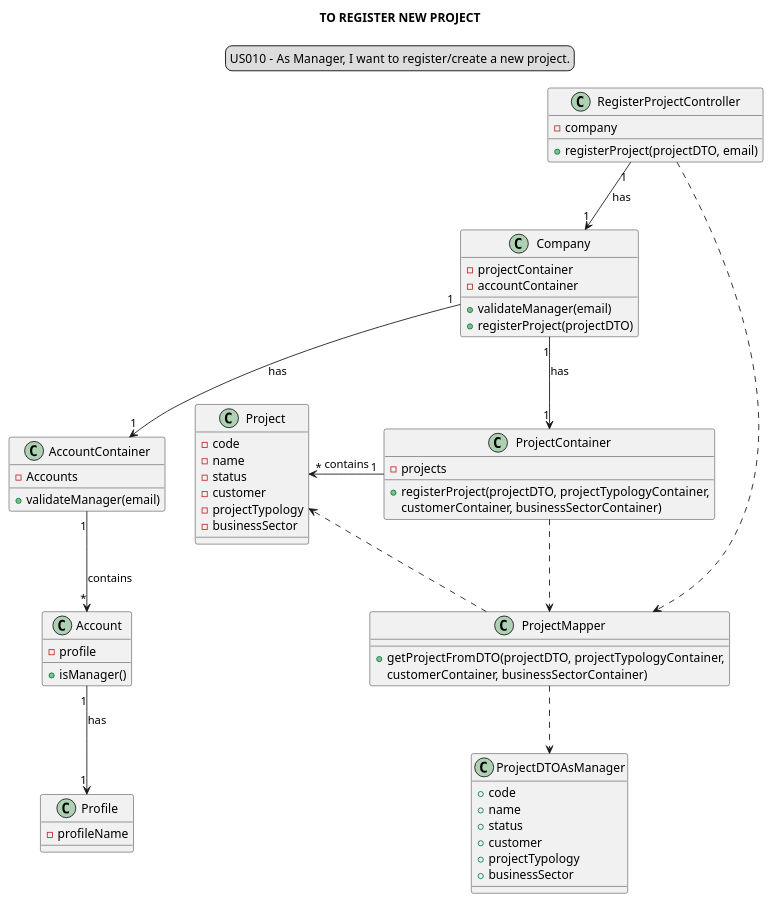
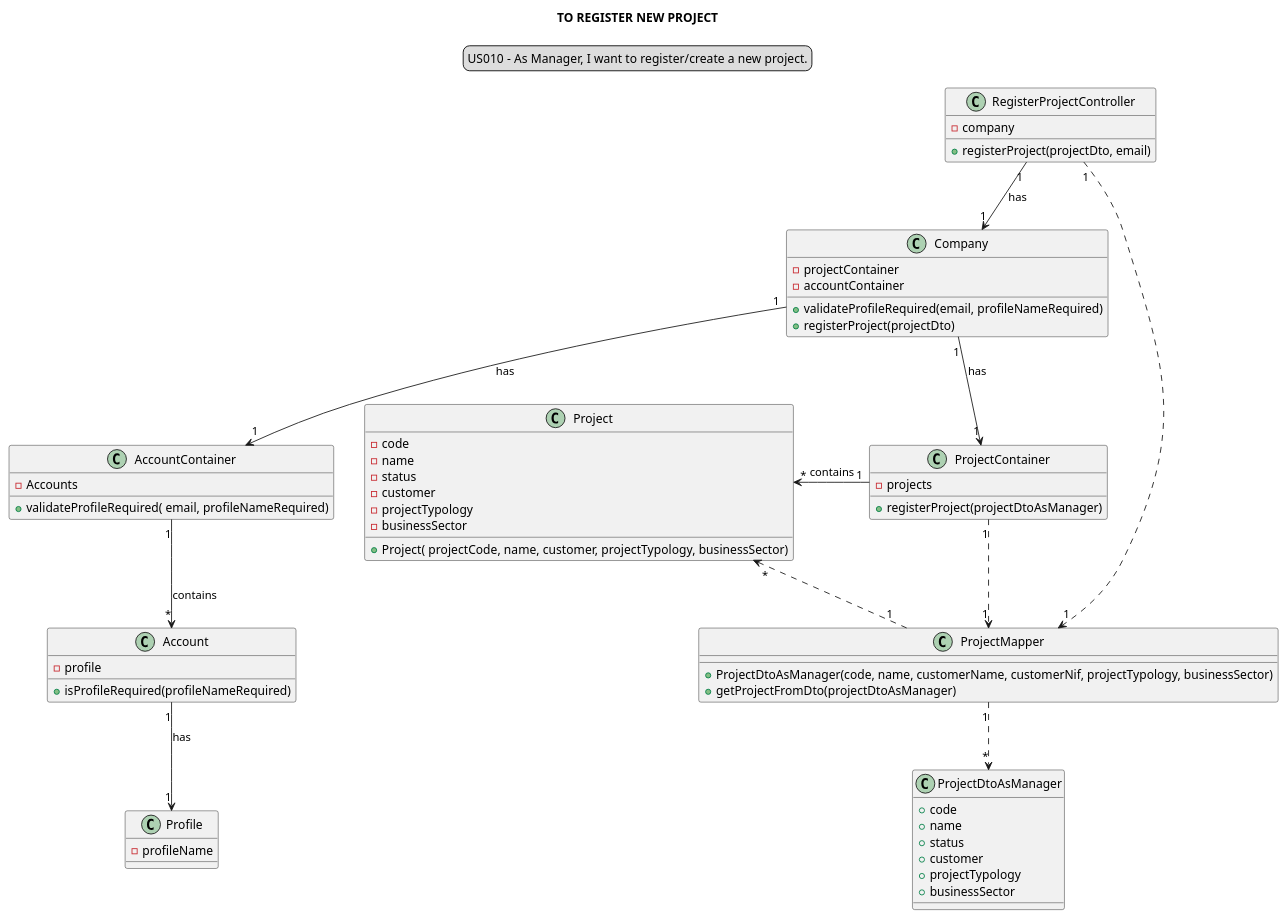
Before and after one commit to Loracline/project_switch_22-23: the diagram in docs/modelling_design/user_stories/sprint02/us010/US010_classDiagram.puml, drawn with PlantUML. The commit also changed 1 other file, not shown here.

```diff
--- a/docs/modelling_design/user_stories/sprint02/us010/US010_classDiagram.puml
+++ b/docs/modelling_design/user_stories/sprint02/us010/US010_classDiagram.puml
@@ -1,74 +1,73 @@
 @startuml
 
 skinparam sequenceMessageAlign center
 title TO REGISTER NEW PROJECT
 legend top
 US010 - As Manager, I want to register/create a new project.
 end legend
 
 class RegisterProjectController {
 - company
-+ registerProject(projectDTO, email)
++ registerProject(projectDto, email)
 }
 
 
 class Company {
 - projectContainer
 - accountContainer
-+ validateManager(email)
-+ registerProject(projectDTO)
++ validateProfileRequired(email, profileNameRequired)
++ registerProject(projectDto)
 }
 class AccountContainer {
-+ validateManager(email)
 - Accounts
++ validateProfileRequired( email, profileNameRequired)
 }
 
 class Account {
-+ isManager()
++ isProfileRequired(profileNameRequired)
 - profile
 }
 
 class Profile {
 -profileName
 }
 
 class ProjectContainer {
 - projects
-+ registerProject(projectDTO, projectTypologyContainer,
-customerContainer, businessSectorContainer)
++ registerProject(projectDtoAsManager)
 }
 
 class ProjectMapper{
-+ getProjectFromDTO(projectDTO, projectTypologyContainer,
-                                customerContainer, businessSectorContainer)
++ ProjectDtoAsManager(code, name, customerName, customerNif, projectTypology, businessSector)
++ getProjectFromDto(projectDtoAsManager)
 }
-
-class ProjectDTOAsManager{
+class ProjectDtoAsManager{
 + code
 + name
 + status
 + customer
 + projectTypology
 + businessSector
 }
 
 class Project{
 - code
 - name
 - status
 - customer
 - projectTypology
 - businessSector
++Project( projectCode, name, customer, projectTypology, businessSector)
 }
 
 RegisterProjectController "1"-->"1" Company: has
 Company "1"-->"1" ProjectContainer: has
 Company "1"-->"1" AccountContainer: has
 AccountContainer "1"-->"*" Account: contains
 Account "1"-->"1" Profile: has
-ProjectMapper ..> ProjectDTOAsManager
-ProjectContainer ..> ProjectMapper
-RegisterProjectController ..> ProjectMapper
-ProjectMapper ..> Project
+ProjectMapper "1"..>"*" ProjectDtoAsManager
+ProjectContainer "1" ..> "1" "ProjectMapper"
+RegisterProjectController "1"..>"1" "ProjectMapper"
+ProjectMapper "1"..>"*" Project
 ProjectContainer "1" -left-> "*" Project: contains
 @enduml
```
